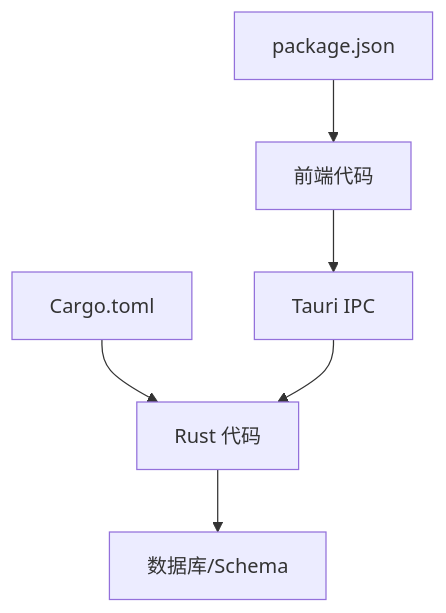
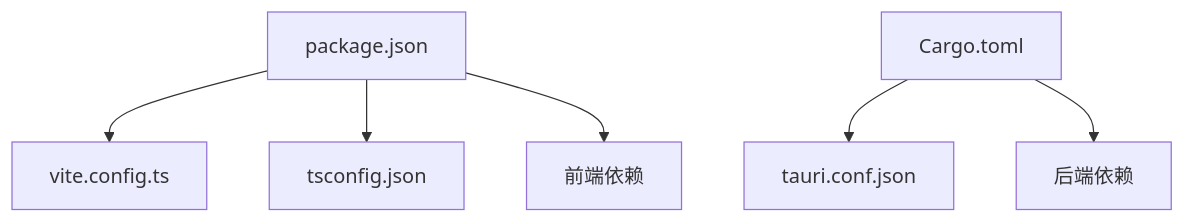
The ninth of 11 diagrams in .qoder/repowiki/zh/content/架构设计/架构设计.md (gzdxhujiale/FishWorker), drawn with Mermaid before and after one commit. The commit also changed other lines of this file and 238 other files, not shown here.

````diff
--- a/.qoder/repowiki/zh/content/架构设计/架构设计.md
+++ b/.qoder/repowiki/zh/content/架构设计/架构设计.md
@@ -417,8 +365,8 @@
 ```mermaid
 graph TB
-Pkg["package.json"] --> FE["前端代码"]
-Cargo["Cargo.toml"] --> RS["Rust 代码"]
-FE --> Tauri["Tauri IPC"]
-Tauri --> RS
-RS --> DB["数据库/Schema"]
+Pkg["package.json"] --> Vite["vite.config.ts"]
+Pkg --> TSConf["tsconfig.json"]
+Pkg --> FE_Deps["前端依赖"]
+Cargo["Cargo.toml"] --> TA_Conf["tauri.conf.json"]
+Cargo --> BE_Deps["后端依赖"]
 ```
````
